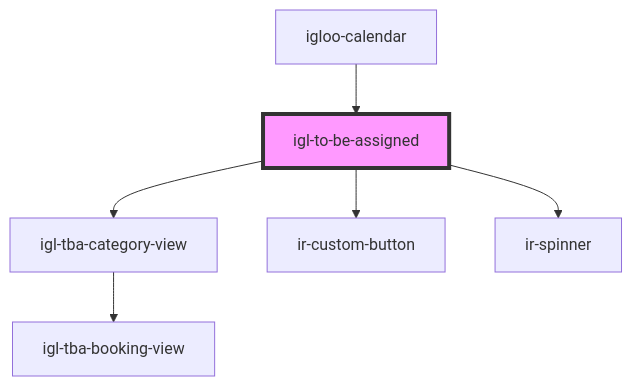
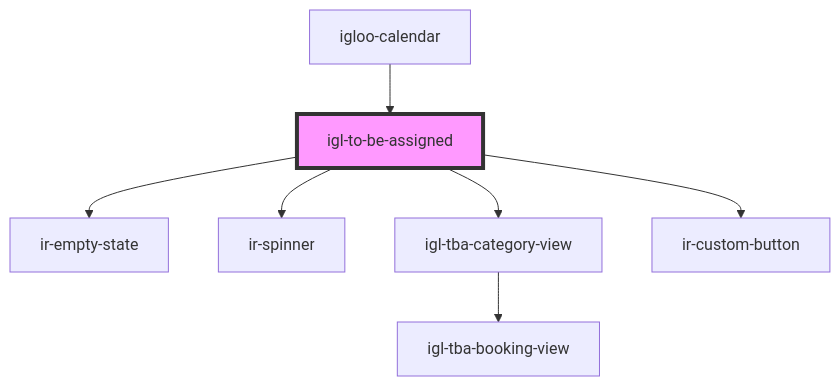
One commit to RonyRizk/ir-webcmp changed the diagram in src/components/igloo-calendar/igl-to-be-assigned/readme.md. Above: the diagram before and after it, drawn with Mermaid. The commit also changed other lines of this file and 32 other files, not shown here.

````diff
--- a/src/components/igloo-calendar/igl-to-be-assigned/readme.md
+++ b/src/components/igloo-calendar/igl-to-be-assigned/readme.md
@@ -43,9 +38,10 @@
 ```mermaid
 graph TD;
+  igl-to-be-assigned --> ir-empty-state
+  igl-to-be-assigned --> ir-spinner
   igl-to-be-assigned --> igl-tba-category-view
   igl-to-be-assigned --> ir-custom-button
-  igl-to-be-assigned --> ir-spinner
   igl-tba-category-view --> igl-tba-booking-view
   igloo-calendar --> igl-to-be-assigned
   style igl-to-be-assigned fill:#f9f,stroke:#333,stroke-width:4px
 ```
````
